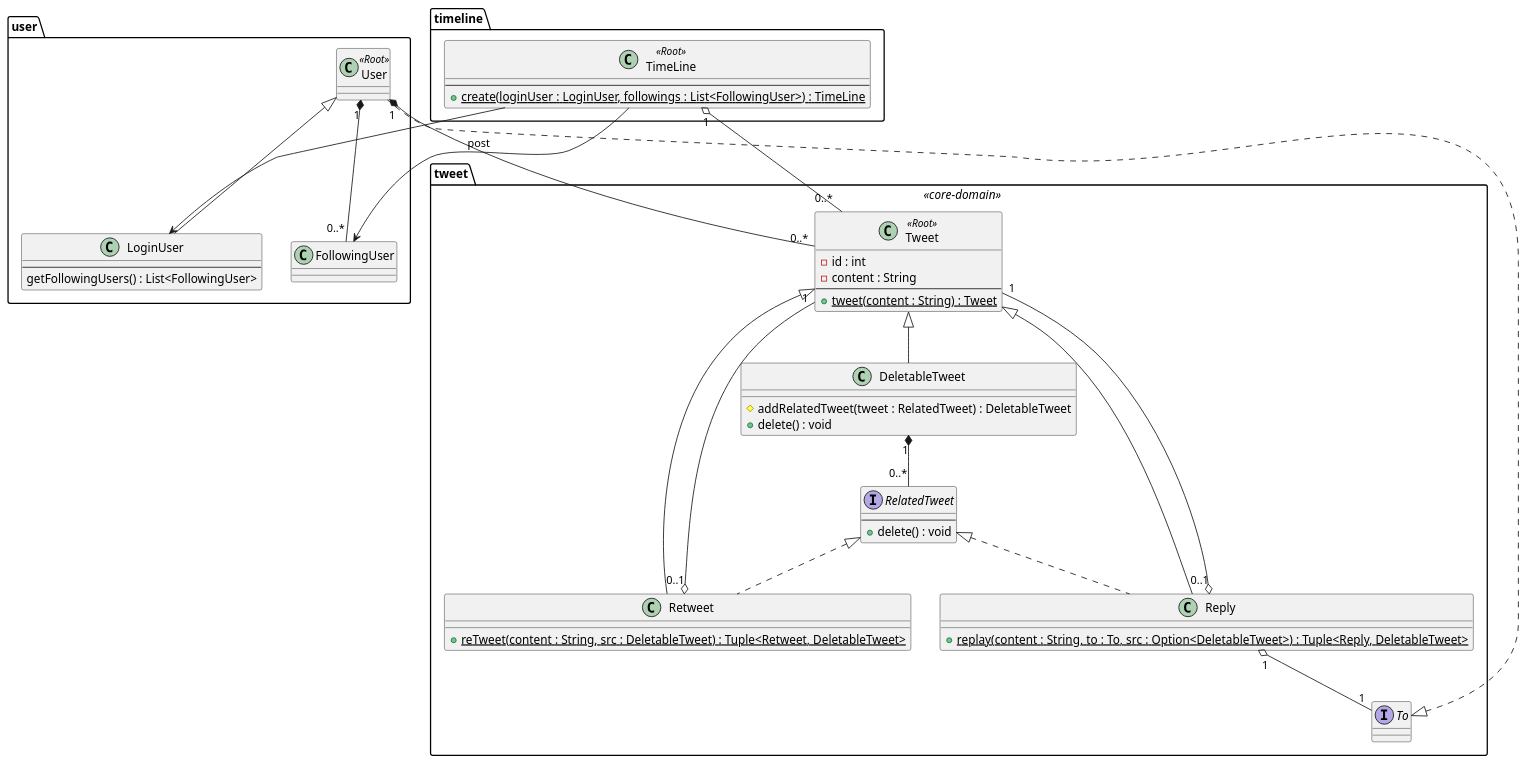
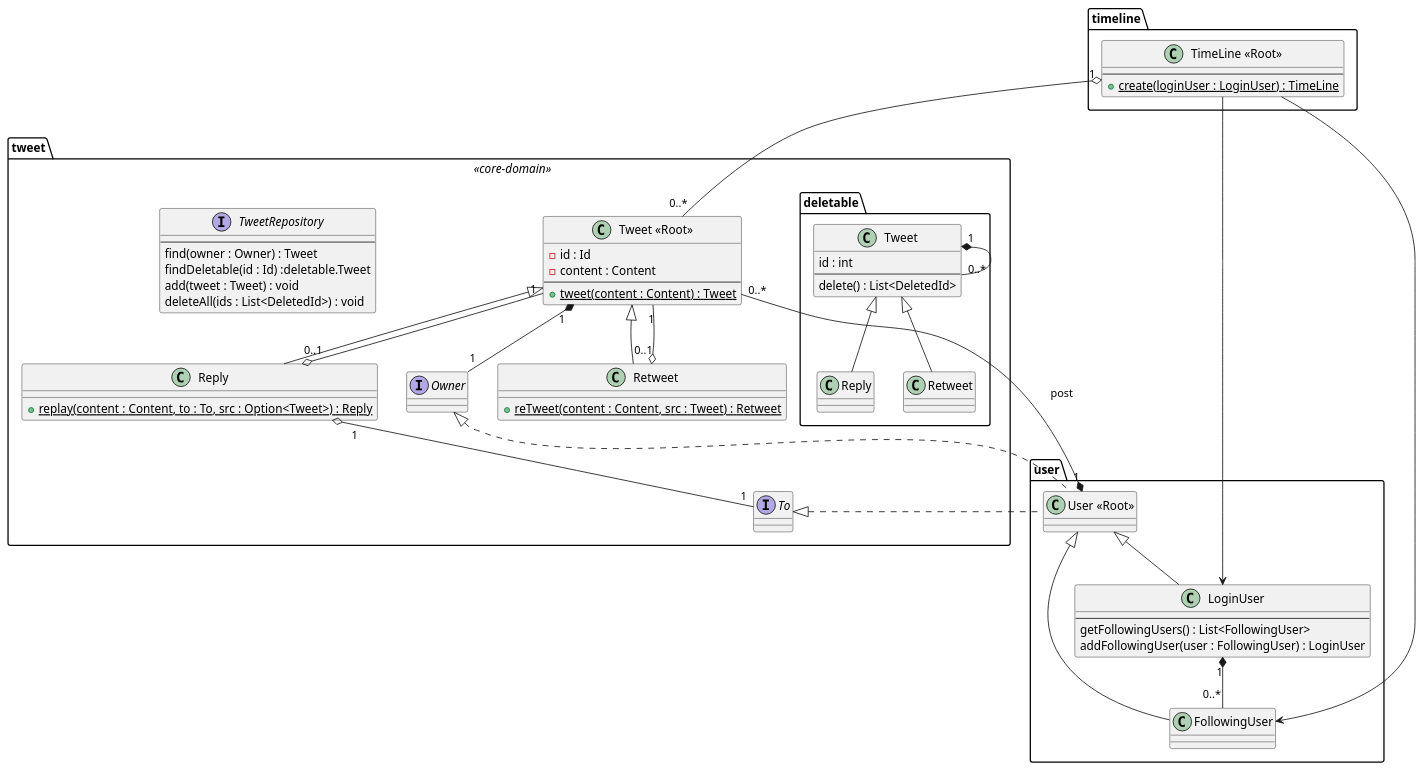
Before and after one commit to m-doi/dddprac-twitter: the diagram in domain_model.puml, drawn with PlantUML. The commit also changed 1 other file, not shown here.

```diff
--- a/domain_model.puml
+++ b/domain_model.puml
@@ -1,70 +1,80 @@
 @startuml
 
 package tweet <<core-domain>> {
-    class Tweet  <<Root>> {
-        - id : int
-        - content : String
+    class "Tweet <<Root>>"  as TW {
+        - id : Id
+        - content : Content
         --
-        + {static} tweet(content : String) : Tweet
-    }
-    class DeletableTweet {
-        # addRelatedTweet(tweet : RelatedTweet) : DeletableTweet
-        + delete() : void
-    }
-    interface RelatedTweet {
-        --
-        + delete() : void
-    }
-    class Retweet {
-        + {static} reTweet(content : String, src : DeletableTweet) : Tuple<Retweet, DeletableTweet>
-    }
-    class Reply {
-        + {static} replay(content : String, to : To, src : Option<DeletableTweet>) : Tuple<Reply, DeletableTweet>
-    }
-    interface To
-
-    Tweet <|-- DeletableTweet
-    RelatedTweet <|.. Reply
-    RelatedTweet <|.. Retweet
-    Tweet <|-- Reply
-    Tweet <|-- Retweet
-    Retweet "0..1" o-- "1" Tweet
-    Reply "0..1" o-- "1" Tweet
-    DeletableTweet "1" *-- "0..*" RelatedTweet
-
-    Reply "1" o-- "1" To
-}
-
-
-
-package user {
-    class User <<Root>>
-    class LoginUser {
-        --
-        getFollowingUsers() : List<FollowingUser>
+        + {static} tweet(content : Content) : Tweet
     }
 
-    User <|-- LoginUser
+    class "Retweet" as RT {
+        + {static} reTweet(content : Content, src : Tweet) : Retweet
+    }
 
-    class FollowingUser
-    User "1" *-- "0..*" FollowingUser
-}
+    class "Reply" as RP {
+        + {static} replay(content : Content, to : To, src : Option<Tweet>) : Reply
+    }
 
-User "1" *-- "0..*" Tweet : post
-To <|.. User
+    interface "To" as TO
+    interface "Owner" as OWN
 
-package timeline {
-    class TimeLine <<Root>> {
+    TW <|-- RP
+    TW <|-- RT
+    TW "1" *-- "1" OWN
+    RT "0..1" o-- "1" TW
+    RP "0..1" o-- "1" TW
+    RP "1" o-- "1" TO
+
+    package deletable {
+        class "Tweet" as DTW {
+            id : int
+            --
+            delete() : List<DeletedId>
+        }
+        class "Reply" as DRP
+        class "Retweet" as DRT
+
+        DTW <|-- DRP
+        DTW <|-- DRT
+        DTW "1" *-- "0..*" DTW
+    }
+
+    interface "TweetRepository" as TREP {
         --
-        + {static} create(loginUser : LoginUser, followings : List<FollowingUser>) : TimeLine
+        find(owner : Owner) : Tweet
+        findDeletable(id : Id) :deletable.Tweet
+        add(tweet : Tweet) : void
+        deleteAll(ids : List<DeletedId>) : void
     }
 }
 
-TimeLine "1" o-- "0..*" Tweet
-TimeLine --> LoginUser
-TimeLine --> FollowingUser
+package user {
+    class "User <<Root>>" as U
+    class "LoginUser" as LU {
+        --
+        getFollowingUsers() : List<FollowingUser>
+        addFollowingUser(user : FollowingUser) : LoginUser
+    }
+    class "FollowingUser" as FU
+    U <|-- LU
+    U <|-- FU
+    LU "1" *-- "0..*" FU
+}
 
+U "1" *-- "0..*" TW : post
+TO <|.. U
+OWN <|.. U
 
+package timeline {
+    class "TimeLine <<Root>>" as TL {
+        --
+        + {static} create(loginUser : LoginUser) : TimeLine
+    }
+}
 
+TL "1" o-- "0..*" TW
+TL --> LU
+TL --> FU
 
 @enduml
```
